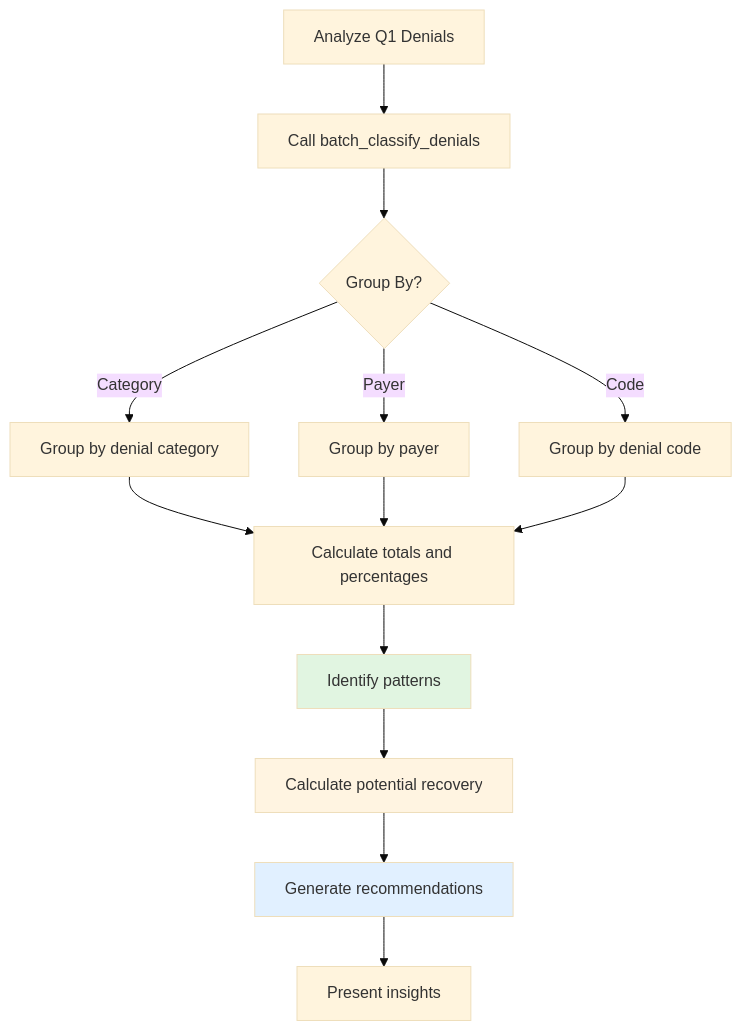
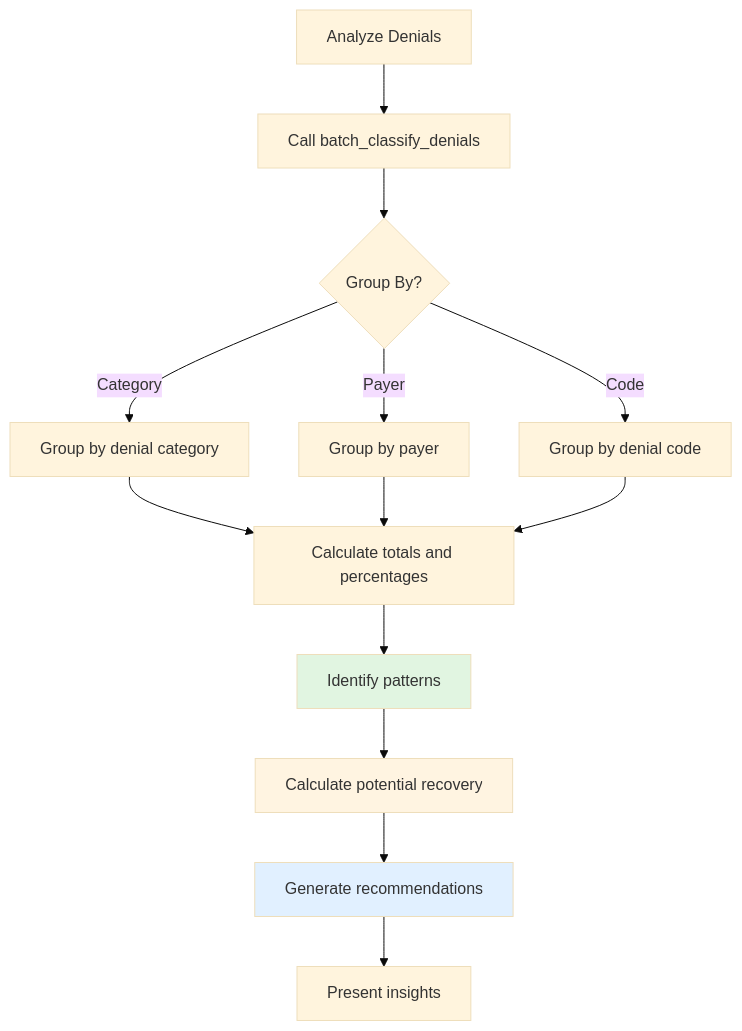
The diagram in packages/docs/docs/workflows/cash-leakage.md (caverac/rcm), drawn with Mermaid (base theme) before and after one commit. The commit also changed other lines of this file and 29 other files, not shown here.

Commit message:
fix(shared-types): updated schemas

````diff
--- a/packages/docs/docs/workflows/cash-leakage.md
+++ b/packages/docs/docs/workflows/cash-leakage.md
@@ -21,21 +106,21 @@
 ```mermaid
 graph TD
-    A[Analyze Q1 Denials] --> B[Call batch_classify_denials]
+    A[Analyze Denials] --> B[Call batch_classify_denials]
     B --> C{Group By?}
     C -->|Category| D[Group by denial category]
     C -->|Payer| E[Group by payer]
     C -->|Code| F[Group by denial code]
 
     D --> G[Calculate totals and percentages]
     E --> G
     F --> G
 
     G --> H[Identify patterns]
     H --> I[Calculate potential recovery]
     I --> J[Generate recommendations]
     J --> K[Present insights]
 
     style H fill:#e1f5e1
     style I fill:#fff4e1
     style J fill:#e1f0ff
 ```
````
